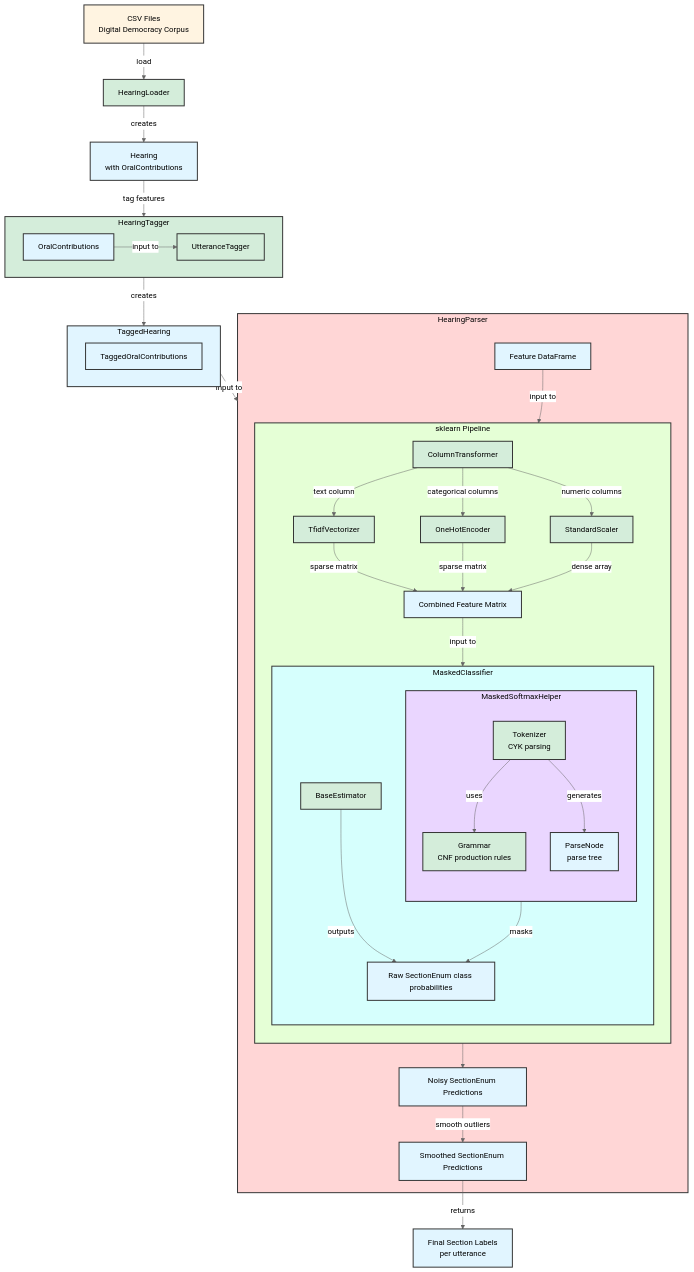
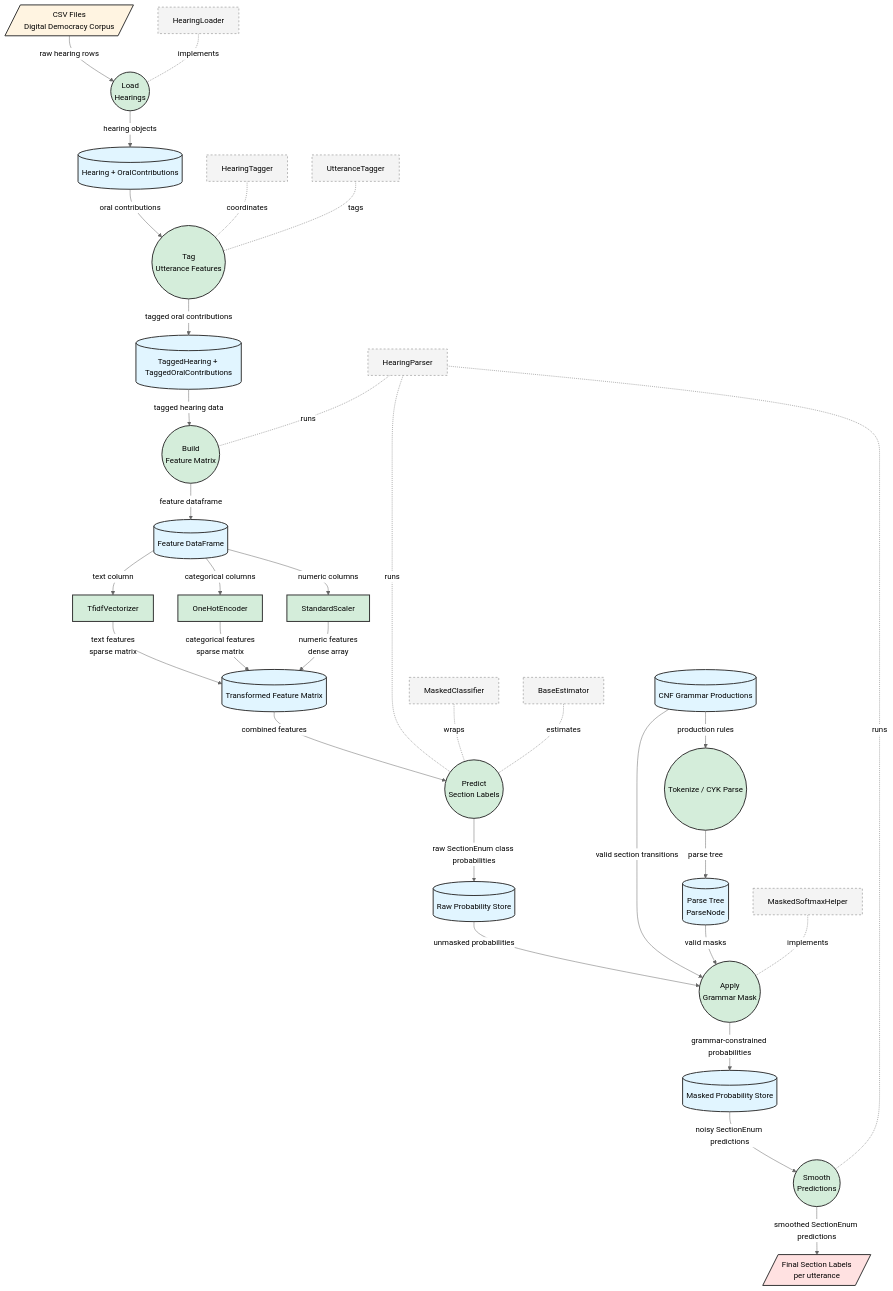
Before and after one commit to IsaacFigNewton/CommitteeHearingDiscourseParser: the second of 2 diagrams in README.md, drawn with Mermaid (neutral theme). The commit also changed other lines of this file, not shown here.

Commit message:
Update README.md
update, simplify diagrams

````diff
--- a/README.md
+++ b/README.md
@@ -76,72 +76,92 @@
 ```mermaid
-graph TD
-    %% Data flow
-    CSV[CSV Files<br/>Digital Democracy Corpus] -->|load| HearingLoader
+flowchart TD
+    %% External entity / source
+    CSV[/"CSV Files<br/>Digital Democracy Corpus"/]
 
-    HearingLoader -->|creates| Hearing[Hearing<br/>with OralContributions]
+    %% Processes
+    P1(("Load<br/>Hearings"))
+    P2(("Tag<br/>Utterance Features"))
+    P3(("Build<br/>Feature Matrix"))
+    P4(("Predict<br/>Section Labels"))
+    P5(("Apply<br/>Grammar Mask"))
+    P6(("Smooth<br/>Predictions"))
 
-    Hearing -->|tag features| HearingTagger
-    subgraph HearingTagger[HearingTagger]
-        OralContributions -->|input to| UtteranceTagger
-    end
+    %% Data stores
+    D1[(Hearing + OralContributions)]
+    D2[(TaggedHearing + TaggedOralContributions)]
+    D3[(Feature DataFrame)]
+    D4[(Transformed Feature Matrix)]
+    D5[(CNF Grammar Productions)]
+    RAW[(Raw Probability Store)]
 
-    HearingTagger -->|creates| TaggedHearing
-    subgraph TaggedHearing[TaggedHearing]
-        TaggedOralContributions
-    end
-    TaggedHearing -->|input to| HearingParser
+    %% Outputs
+    OUT[/"Final Section Labels<br/>per utterance"/]
 
-    subgraph HearingParser[HearingParser]
-        Features[Feature DataFrame] -->|input to| Pipeline
+    %% Main data flow
+    CSV -->|raw hearing rows| P1
+    P1 -->|hearing objects| D1
 
-        subgraph Pipeline["sklearn Pipeline"]
-            direction TB
+    D1 -->|oral contributions| P2
+    P2 -->|tagged oral contributions| D2
 
-            CT[ColumnTransformer] -->|text column| TfidfVec[TfidfVectorizer]
-            CT -->|categorical columns| OHE[OneHotEncoder]
-            CT -->|numeric columns| Scaler[StandardScaler]
+    D2 -->|tagged hearing data| P3
+    P3 -->|feature dataframe| D3
 
-            TfidfVec -->|sparse matrix| FeatureMatrix[Combined Feature Matrix]
-            OHE -->|sparse matrix| FeatureMatrix
-            Scaler -->|dense array| FeatureMatrix
+    D3 -->|text column| T1["TfidfVectorizer"]
+    D3 -->|categorical columns| T2["OneHotEncoder"]
+    D3 -->|numeric columns| T3["StandardScaler"]
 
-            FeatureMatrix -->|input to| MC
+    T1 -->|text features<br/>sparse matrix| D4
+    T2 -->|categorical features<br/>sparse matrix| D4
+    T3 -->|numeric features<br/>dense array| D4
 
-            subgraph MC[MaskedClassifier]
-                direction TB
+    D4 -->|combined features| P4
+    P4 -->|raw SectionEnum class probabilities| RAW
 
-                BE[BaseEstimator]
-                BE -->|outputs| RawProbs[Raw SectionEnum class probabilities]
+    RAW -->|unmasked probabilities| P5
+    D5 -->|valid section transitions| P5
 
-                subgraph MSH[MaskedSoftmaxHelper]
-                    direction TB
+    P5 -->|grammar-constrained probabilities| MASKED[(Masked Probability Store)]
+    MASKED -->|noisy SectionEnum predictions| P6
 
-                    Tokenizer[Tokenizer<br/>CYK parsing]
-                    Tokenizer -->|uses| Grammar[Grammar<br/>CNF production rules]
-                    Tokenizer -->|generates| ParseNode[ParseNode<br/>parse tree]
-                end
+    P6 -->|smoothed SectionEnum predictions| OUT
 
-                MSH -->|masks| RawProbs
-            end
-        end
-        MC --> NoisyPredictions[Noisy SectionEnum Predictions]
-        NoisyPredictions -->|smooth outliers| SmoothedSectionLabels[Smoothed SectionEnum Predictions]
-    end
-    SmoothedSectionLabels -->|returns| PredictedSections[Final Section Labels<br/>per utterance]
+    %% Internal grammar parsing support
+    TOK(("Tokenize / CYK Parse"))
+    PN[(Parse Tree<br/>ParseNode)]
+    D5 -->|production rules| TOK
+    TOK -->|parse tree| PN
+    PN -->|valid masks| P5
+
+    %% Implementation annotations
+    HL["HearingLoader"]
+    HT["HearingTagger"]
+    UT["UtteranceTagger"]
+    HP["HearingParser"]
+    BE["BaseEstimator"]
+    MC["MaskedClassifier"]
+    MSH["MaskedSoftmaxHelper"]
+
+    HL -. implements .- P1
+    HT -. coordinates .- P2
+    UT -. tags .- P2
+    HP -. runs .- P3
+    HP -. runs .- P4
+    HP -. runs .- P6
+    MC -. wraps .- P4
+    BE -. estimates .- P4
+    MSH -. implements .- P5
 
     %% Styling
-    classDef input fill:#fff4e1,stroke:#333,stroke-width:2px,color:#000
-    classDef data fill:#e1f5ff,stroke:#333,stroke-width:2px,color:#000
-    classDef processing fill:#d4edda,stroke:#333,stroke-width:2px,color:#000
+    classDef external fill:#fff4e1,stroke:#333,stroke-width:2px,color:#000
+    classDef process fill:#d4edda,stroke:#333,stroke-width:2px,color:#000
+    classDef datastore fill:#e1f5ff,stroke:#333,stroke-width:2px,color:#000
     classDef output fill:#ffe1e1,stroke:#333,stroke-width:2px,color:#000
+    classDef impl fill:#f4f4f4,stroke:#777,stroke-width:1px,color:#000,stroke-dasharray: 4 4
 
-    class CSV input
-    class Hearing,TaggedHearing,OralContributions,TaggedOralContributions,Features,FeatureMatrix,ParseNode,RawProbs,NoisyPredictions,SmoothedSectionLabels,PredictedSections data
-    class HearingLoader,HearingTagger,UtteranceTagger,HearingParser,CT,TfidfVec,OHE,Scaler,MC,BE,MSH,Tokenizer,Grammar processing
-
-    %% Softer HSV-inspired subgraph fills
-    style HearingParser fill:#ffd6d6,stroke:#333,stroke-width:2px,color:#000
-    style Pipeline fill:#e5ffd6,stroke:#333,stroke-width:2px,color:#000
-    style MC fill:#d6fffd,stroke:#333,stroke-width:2px,color:#000
-    style MSH fill:#ead6ff,stroke:#333,stroke-width:2px,color:#000
+    class CSV external
+    class P1,P2,P3,P4,P5,P6,T1,T2,T3,TOK process
+    class D1,D2,D3,D4,D5,RAW,MASKED,PN datastore
+    class OUT output
+    class HL,HT,UT,HP,PIPE,BE,MC,MSH impl
 ```
````
